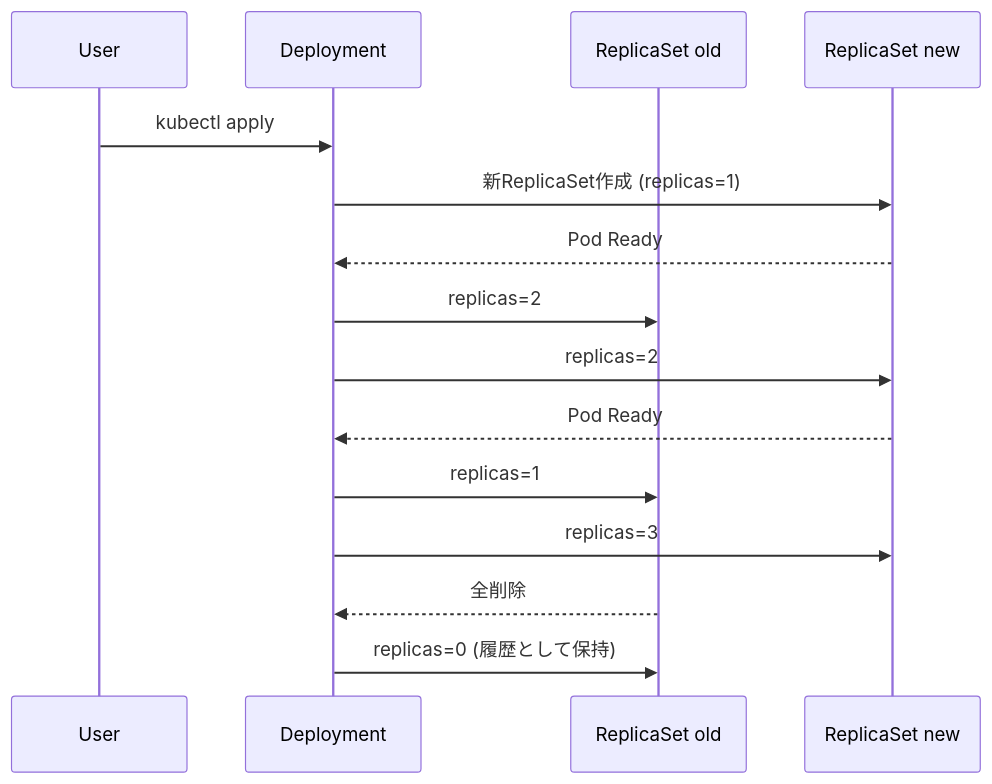
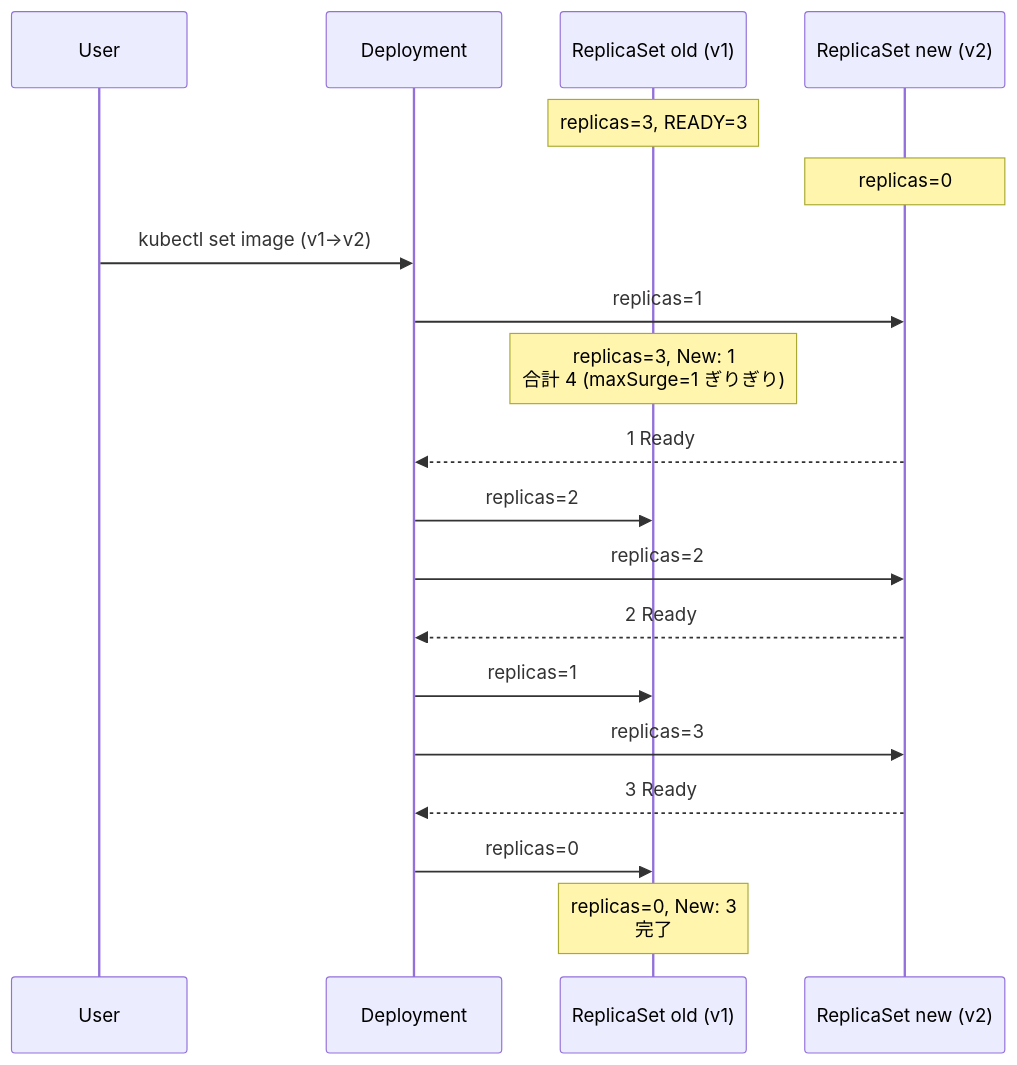
One commit to swallowsaba/introduction-k8s changed the fourth of 8 diagrams in docs/02-resources/deployment.md. Above: the diagram before and after it, drawn with Mermaid. The commit also changed other lines of this file and 12 other files, not shown here.

````diff
--- a/docs/02-resources/deployment.md
+++ b/docs/02-resources/deployment.md
@@ -59,17 +216,21 @@
 ```mermaid
 sequenceDiagram
     participant U as User
     participant D as Deployment
-    participant Old as ReplicaSet old
-    participant New as ReplicaSet new
-    U->>D: kubectl apply
-    D->>New: 新ReplicaSet作成 (replicas=1)
-    New-->>D: Pod Ready
+    participant Old as ReplicaSet old (v1)
+    participant New as ReplicaSet new (v2)
+    Note over Old: replicas=3, READY=3
+    Note over New: replicas=0
+    U->>D: kubectl set image (v1→v2)
+    D->>New: replicas=1
+    Note over Old: replicas=3, New: 1<br>合計 4 (maxSurge=1 ぎりぎり)
+    New-->>D: 1 Ready
     D->>Old: replicas=2
     D->>New: replicas=2
-    New-->>D: Pod Ready
+    New-->>D: 2 Ready
     D->>Old: replicas=1
     D->>New: replicas=3
-    Old-->>D: 全削除
-    D->>Old: replicas=0 (履歴として保持)
+    New-->>D: 3 Ready
+    D->>Old: replicas=0
+    Note over Old: replicas=0, New: 3<br>完了
 ```
````
